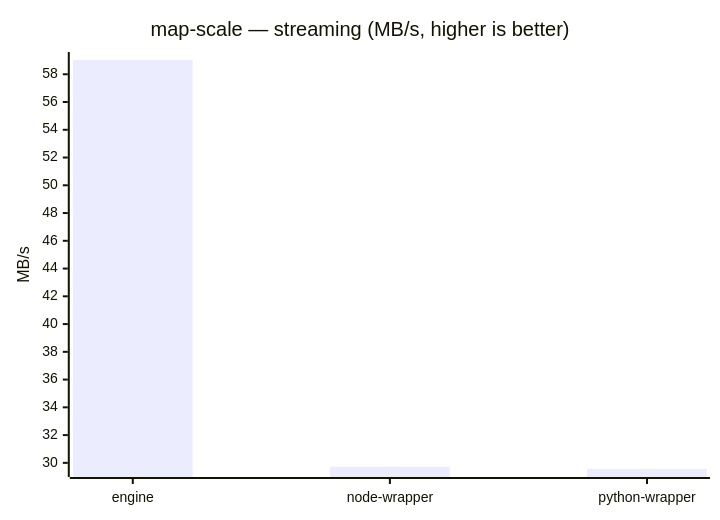
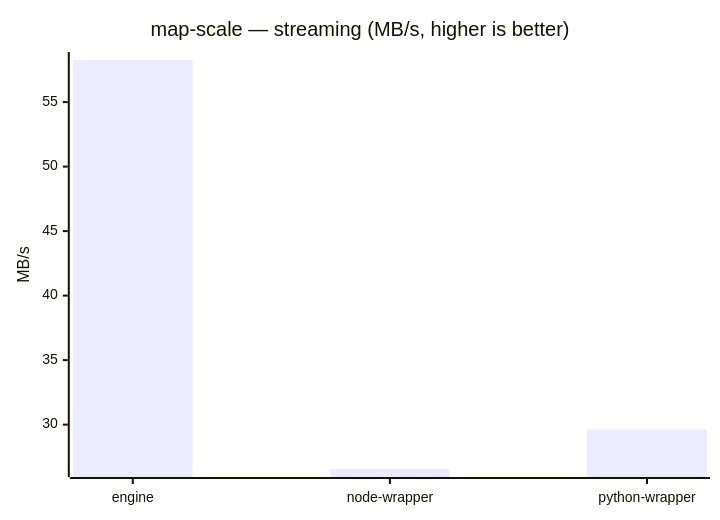
The eighth of 23 diagrams in benchmarks/report/RESULTS.md (mulesoft/data-weave-cli), drawn with Mermaid before and after one commit. The commit also changed other lines of this file, not shown here.

````diff
--- a/benchmarks/report/RESULTS.md
+++ b/benchmarks/report/RESULTS.md
@@ -108,7 +106,7 @@
 ```mermaid
 xychart-beta
     title "map-scale — streaming (MB/s, higher is better)"
     x-axis ["engine", "node-wrapper", "python-wrapper"]
     y-axis "MB/s"
-    bar [59.028, 29.715, 29.557]
+    bar [58.263, 26.56, 29.631]
 ```
````
